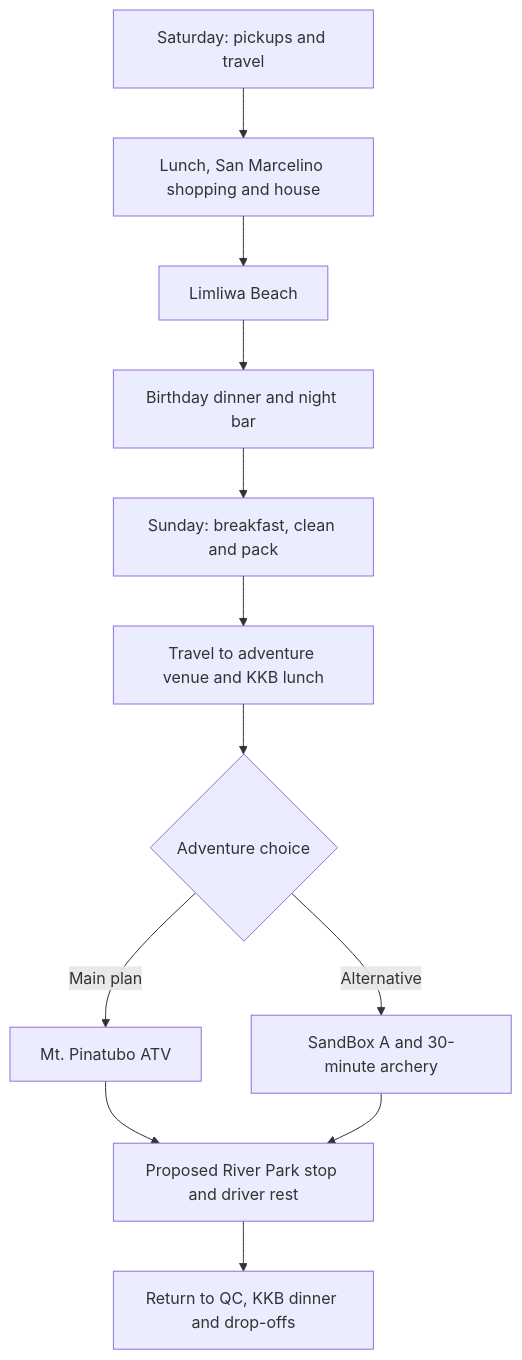
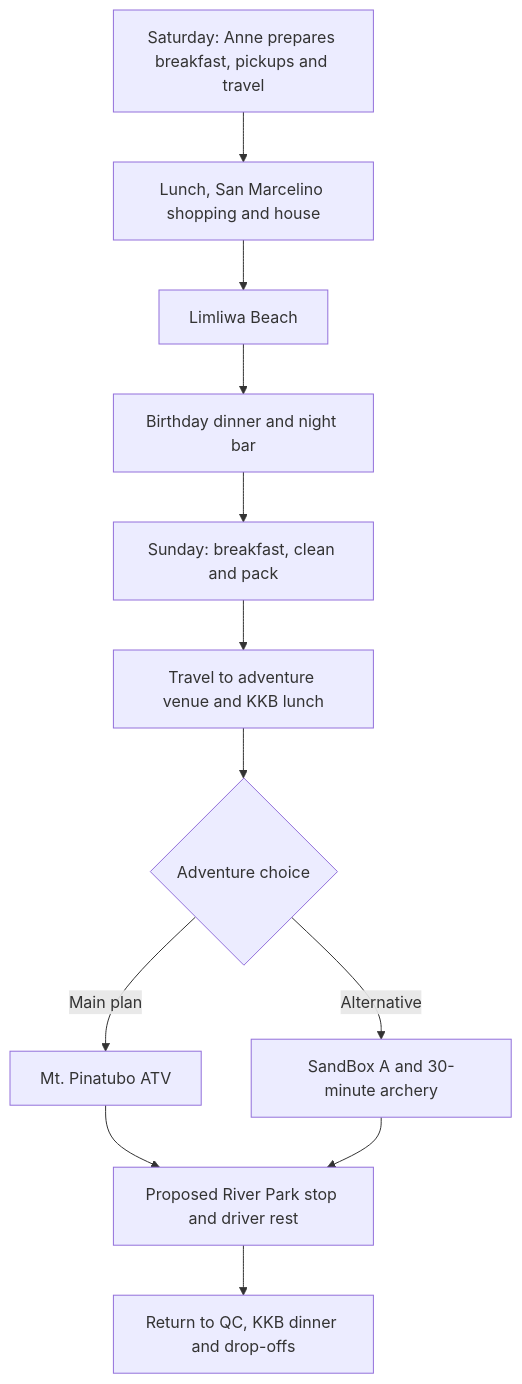
The diagram in assets/trip-flow.mmd (itsmcliam/Birthday-Plan), drawn with Mermaid before and after one commit. The commit also changed 5 other files, not shown here.

Commit message:
Add updated route maps and assign Anne Saturday breakfast

```diff
--- a/assets/trip-flow.mmd
+++ b/assets/trip-flow.mmd
@@ -1,12 +1,12 @@
 flowchart TD
-    A["Saturday: pickups and travel"] --> B["Lunch, San Marcelino shopping and house"]
+    A["Saturday: Anne prepares breakfast, pickups and travel"] --> B["Lunch, San Marcelino shopping and house"]
     B --> C["Limliwa Beach"]
     C --> D["Birthday dinner and night bar"]
     D --> E["Sunday: breakfast, clean and pack"]
     E --> F["Travel to adventure venue and KKB lunch"]
     F --> G{"Adventure choice"}
     G -->|"Main plan"| H["Mt. Pinatubo ATV"]
     G -->|"Alternative"| I["SandBox A and 30-minute archery"]
     H --> J["Proposed River Park stop and driver rest"]
     I --> J
     J --> K["Return to QC, KKB dinner and drop-offs"]
```
